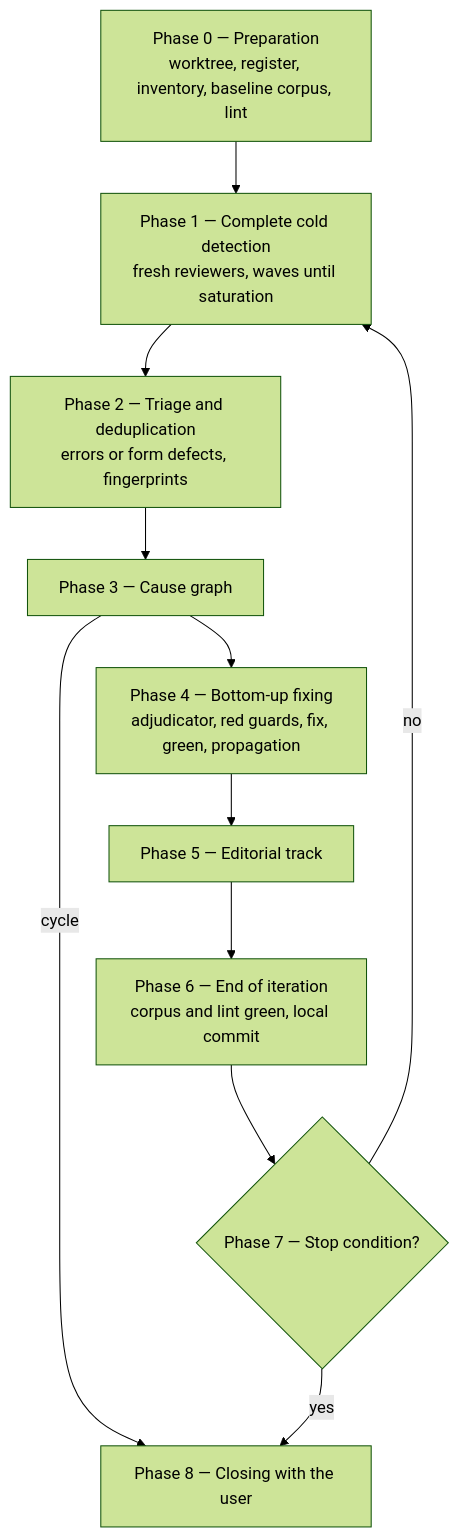
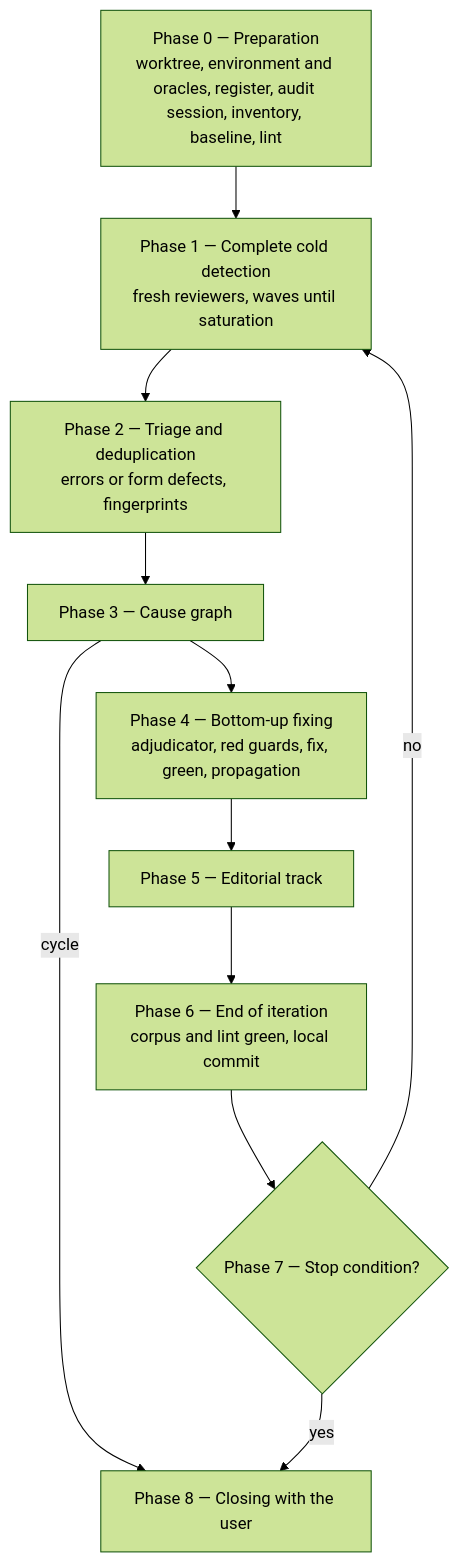
Before and after one commit to magicmoux/SpecAudit: the diagram in docs/how-it-works.md, drawn with Mermaid (forest theme). The commit also changed other lines of this file and 10 other files, not shown here.

First line of the commit message:
0.7.0: audit session, oracles and evidence levels, safe interruption, session history (#7)

````diff
--- a/docs/how-it-works.md
+++ b/docs/how-it-works.md
@@ -36,13 +39,13 @@
 ```mermaid
 flowchart TD
-    P0["Phase 0 — Preparation<br/>worktree, register, inventory, baseline corpus, lint"] --> P1
+    P0["Phase 0 — Preparation<br/>worktree, environment and oracles, register, audit session, inventory, baseline, lint"] --> P1
     P1["Phase 1 — Complete cold detection<br/>fresh reviewers, waves until saturation"] --> P2
     P2["Phase 2 — Triage and deduplication<br/>errors or form defects, fingerprints"] --> P3
     P3["Phase 3 — Cause graph"] -->|cycle| P8
     P3 --> P4
     P4["Phase 4 — Bottom-up fixing<br/>adjudicator, red guards, fix, green, propagation"] --> P5
     P5["Phase 5 — Editorial track"] --> P6
     P6["Phase 6 — End of iteration<br/>corpus and lint green, local commit"] --> P7{"Phase 7 — Stop condition?"}
     P7 -->|no| P1
     P7 -->|yes| P8["Phase 8 — Closing with the user"]
 ```
````
